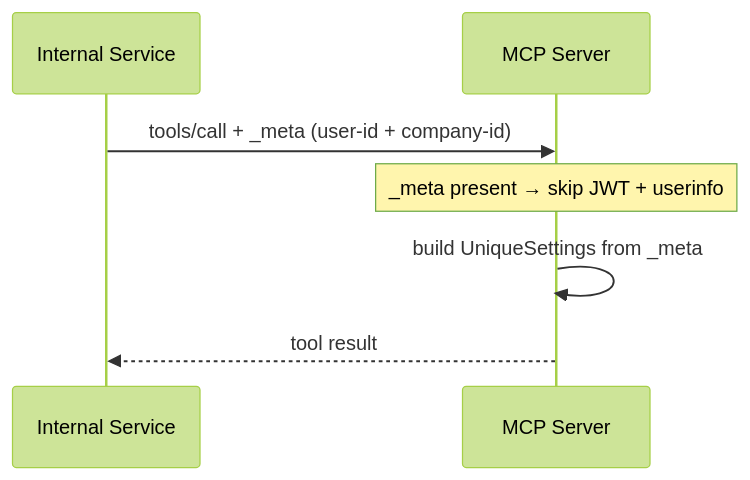
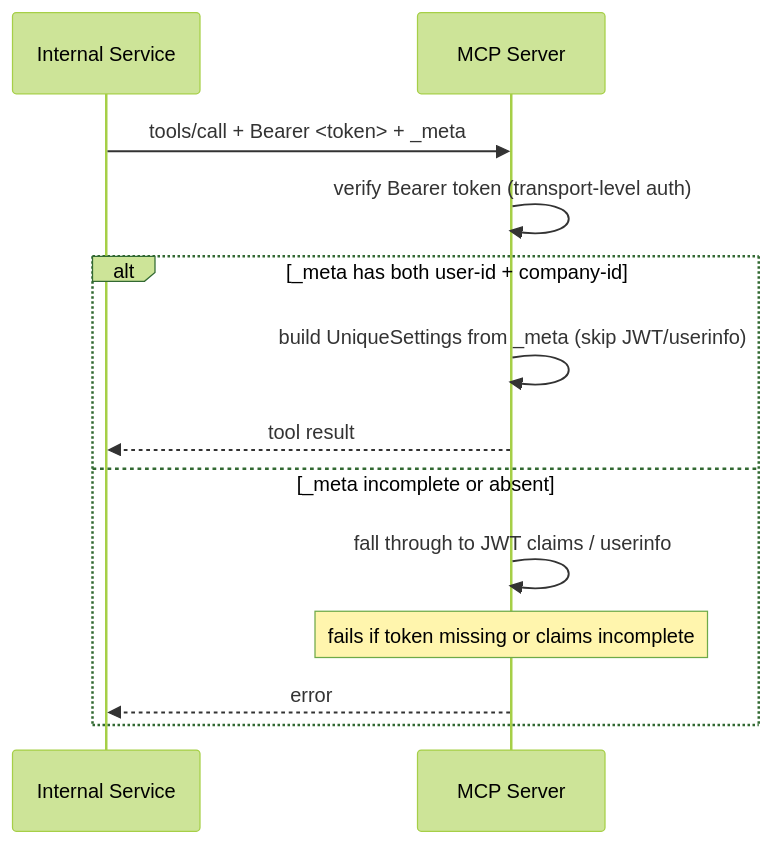
Before and after one commit to Unique-AG/ai: the fourth of 4 diagrams in unique_mcp/README.md, drawn with Mermaid (forest theme). The commit also changed other lines of this file, not shown here.

Commit message:
docs(unique-mcp): clarify scenario 3 _meta fallback and auth requirement

````diff
--- a/unique_mcp/README.md
+++ b/unique_mcp/README.md
@@ -167,10 +167,16 @@
 ```mermaid
 sequenceDiagram
     participant InternalSvc as Internal Service
     participant MCP as MCP Server
 
-    InternalSvc->>MCP: tools/call + _meta (user-id + company-id)
-    Note over MCP: _meta present → skip JWT + userinfo
-    MCP->>MCP: build UniqueSettings from _meta
-    MCP-->>InternalSvc: tool result
+    InternalSvc->>MCP: tools/call + Bearer <token> + _meta
+    MCP->>MCP: verify Bearer token (transport-level auth)
+    alt _meta has both user-id + company-id
+        MCP->>MCP: build UniqueSettings from _meta (skip JWT/userinfo)
+        MCP-->>InternalSvc: tool result
+    else _meta incomplete or absent
+        MCP->>MCP: fall through to JWT claims / userinfo
+        Note over MCP: fails if token missing or claims incomplete
+        MCP-->>InternalSvc: error
+    end
 ```
````
